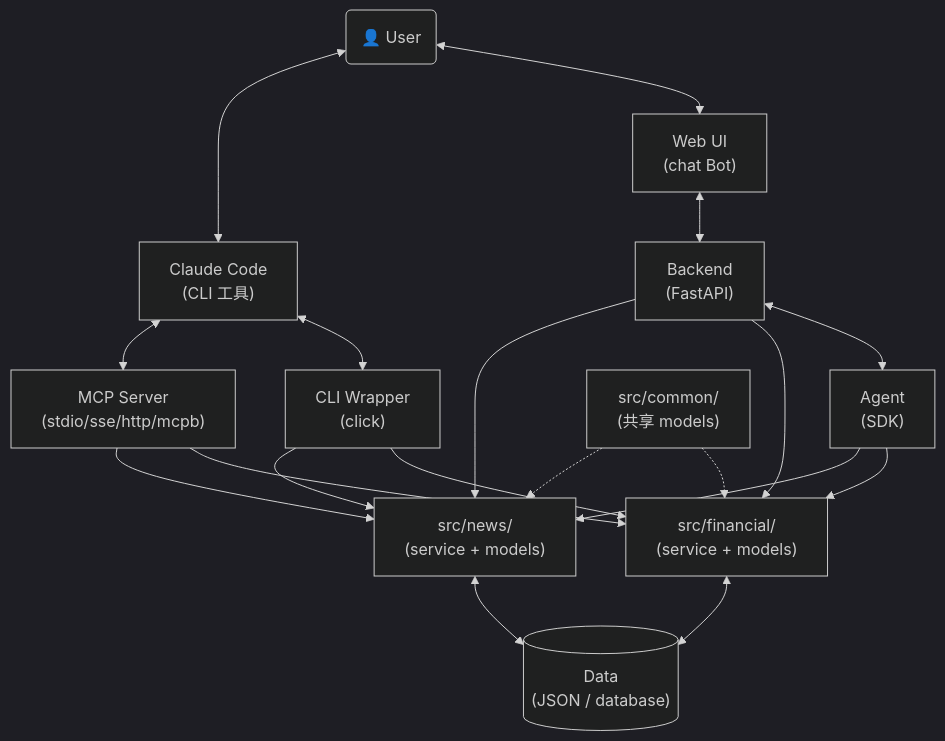
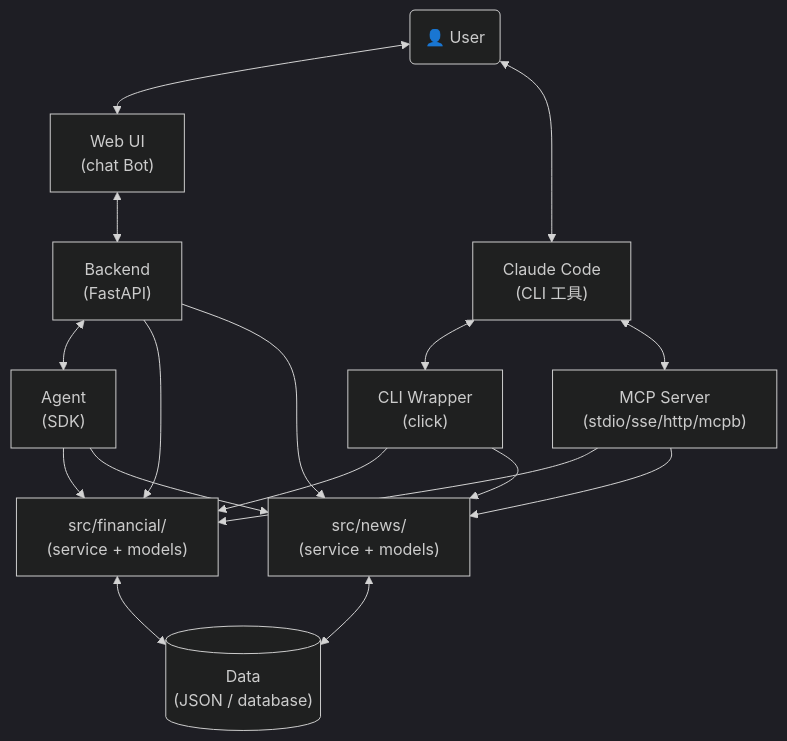
One commit to JoeyAssistant/skill-repo changed the diagram in system-prompt/agent-factory/design-reference.md. Above: the diagram before and after it, drawn with Mermaid (dark theme). The commit also changed other lines of this file and 2 other files, not shown here.

First line of the commit message:
refactor(prompt): 删除 common 共享目录概念（全体系）

````diff
--- a/system-prompt/agent-factory/design-reference.md
+++ b/system-prompt/agent-factory/design-reference.md
@@ -79,33 +78,30 @@
 ```mermaid
 graph TD
     User("👤 User")
     WebUI["Web UI<br/>(chat Bot)"]
     Claude["Claude Code<br/>(CLI 工具)"]
     Backend["Backend<br/>(FastAPI)"]
     Agent["Agent<br/>(SDK)"]
     McpServer["MCP Server<br/>(stdio/sse/http/mcpb)"]
     CLI["CLI Wrapper<br/>(click)"]
     SrcFinancial["src/financial/<br/>(service + models)"]
     SrcNews["src/news/<br/>(service + models)"]
-    SrcCommon["src/common/<br/>(共享 models)"]
     Data[("Data<br/>(JSON / database)")]
 
     User <--> WebUI
     User <--> Claude
     WebUI <--> Backend
     Backend <--> Agent
     Backend --> SrcFinancial
     Backend --> SrcNews
     Agent --> SrcFinancial
     Agent --> SrcNews
     Claude <--> CLI
     CLI --> SrcFinancial
     CLI --> SrcNews
     Claude <--> McpServer
     McpServer --> SrcFinancial
     McpServer --> SrcNews
     SrcFinancial <--> Data
     SrcNews <--> Data
-    SrcCommon -.-> SrcFinancial
-    SrcCommon -.-> SrcNews
 ```
````
